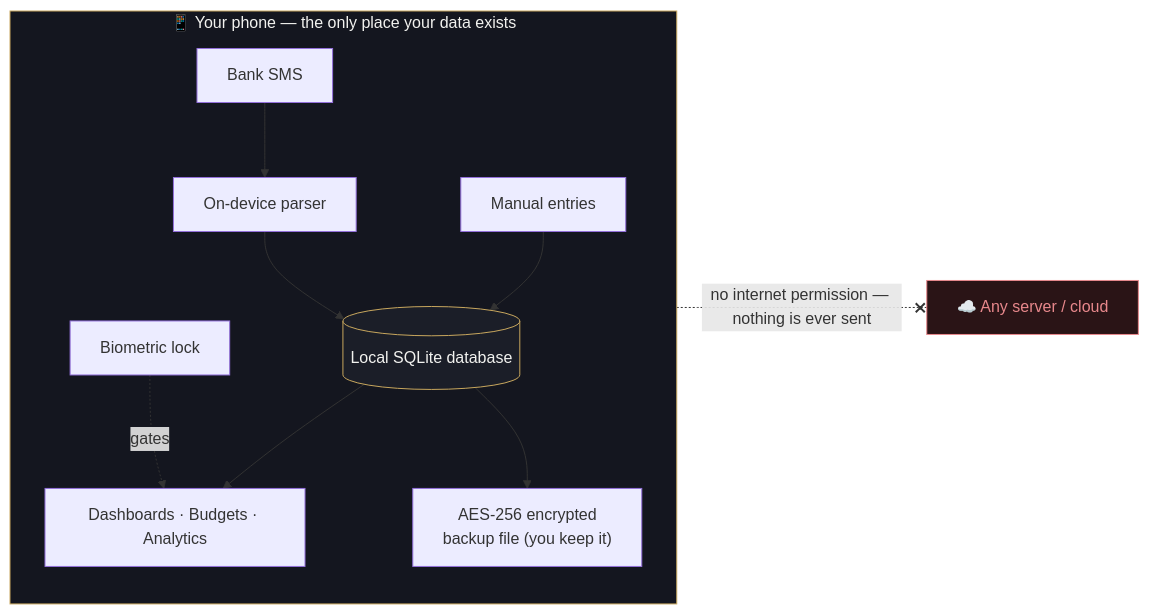
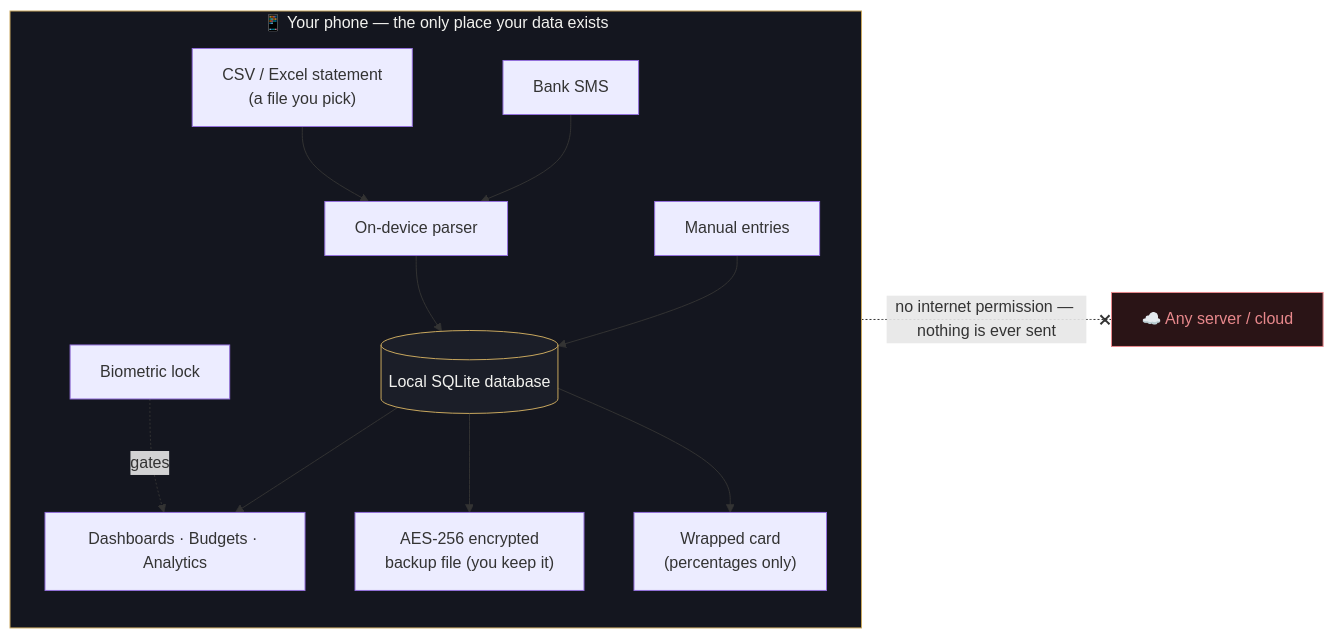
The second of 9 diagrams in README.md (Yolo-cell-hash/budgetify), drawn with Mermaid before and after one commit. The commit also changed other lines of this file, not shown here.

````diff
--- a/README.md
+++ b/README.md
@@ -154,18 +238,20 @@
 ```mermaid
 flowchart LR
   subgraph PHONE["📱 Your phone — the only place your data exists"]
     direction TB
     SMS["Bank SMS"] --> P["On-device parser"]
+    ST["CSV / Excel statement<br/>(a file you pick)"] --> P
     M["Manual entries"] --> DB[("Local SQLite database")]
     P --> DB
     DB --> UI["Dashboards · Budgets · Analytics"]
     DB --> BK["AES-256 encrypted<br/>backup file (you keep it)"]
+    DB --> W["Wrapped card<br/>(percentages only)"]
     LOCK["Biometric lock"] -.gates.-> UI
   end
   CLOUD["☁️ Any server / cloud"]
   PHONE -. "no internet permission — nothing is ever sent" .-x CLOUD
 
   style PHONE fill:#14161F,stroke:#C8A75E,color:#F2F2EF
   style CLOUD fill:#2A1416,stroke:#E8888C,color:#E8888C
   style DB fill:#1B1E28,stroke:#C8A75E,color:#F2F2EF
 ```
````
